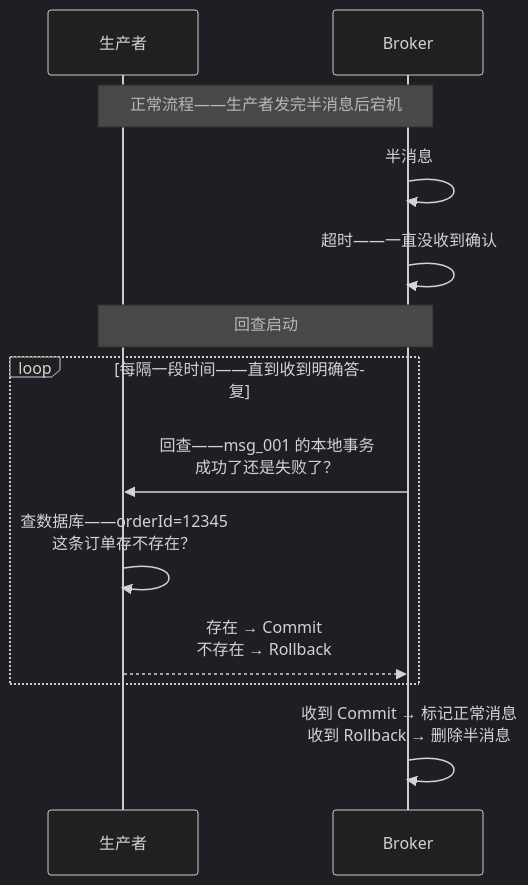
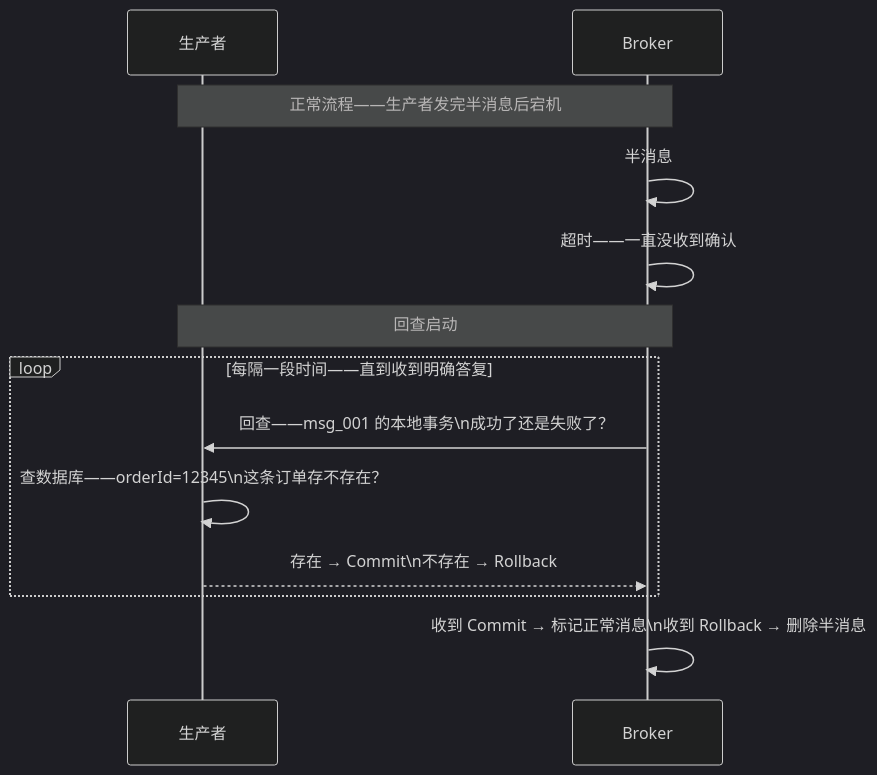
The third of 5 diagrams in content/posts/distributed-algorithms/TransactionalMessageHalfMessageAndCheckback.md (yaocat55/yaocat55.github.io), drawn with Mermaid (dark theme) before and after one commit. The commit also changed other lines of this file and 155 other files, not shown here.

````diff
--- a/content/posts/distributed-algorithms/TransactionalMessageHalfMessageAndCheckback.md
+++ b/content/posts/distributed-algorithms/TransactionalMessageHalfMessageAndCheckback.md
@@ -162,20 +162,20 @@
 ```mermaid
 sequenceDiagram
     participant P as 生产者
     participant B as Broker
 
     Note over P,B: 正常流程——生产者发完半消息后宕机
 
-    B->>B: 半消息 #msg_001 已存储<br/>等待 Commit/Rollback...
+    B->>B: 半消息 #msg_001 已存储\n等待 Commit/Rollback...
     B->>B: 超时——一直没收到确认
 
     Note over B,P: 回查启动
 
     loop 每隔一段时间——直到收到明确答复
-        B->>P: 回查——msg_001 的本地事务<br/>成功了还是失败了？
-        P->>P: 查数据库——orderId=12345<br/>这条订单存不存在？
-        P-->>B: 存在 → Commit<br/>不存在 → Rollback
+        B->>P: 回查——msg_001 的本地事务\n成功了还是失败了？
+        P->>P: 查数据库——orderId=12345\n这条订单存不存在？
+        P-->>B: 存在 → Commit\n不存在 → Rollback
     end
 
-    B->>B: 收到 Commit → 标记正常消息<br/>收到 Rollback → 删除半消息
+    B->>B: 收到 Commit → 标记正常消息\n收到 Rollback → 删除半消息
 ```
````
